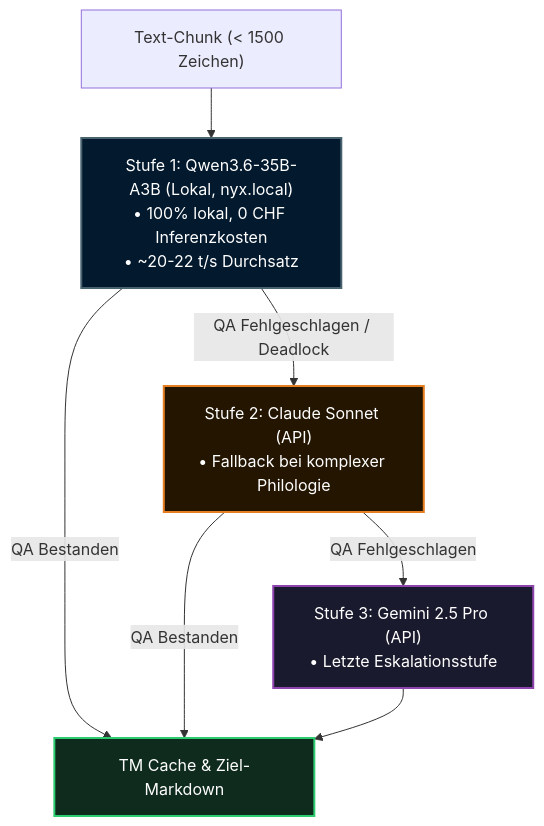
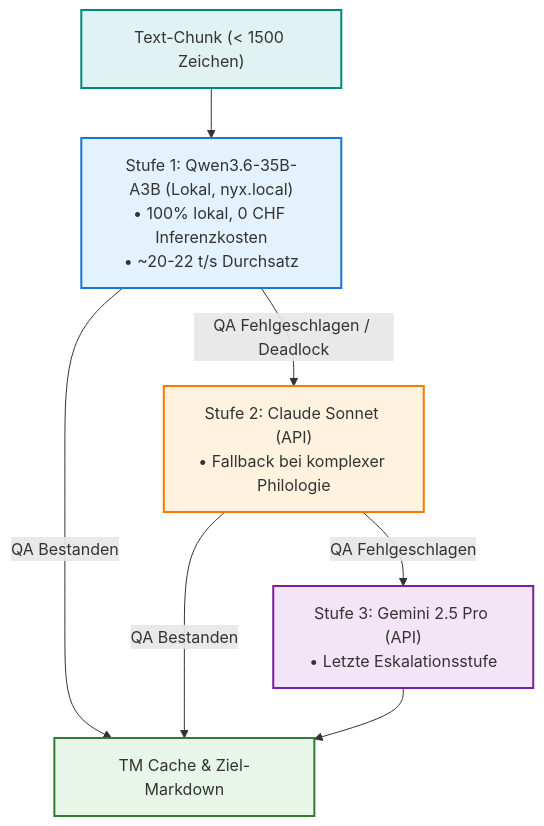
Before and after one commit to birchville-org/sanskritkurs-payer: the diagram in site_docs/de/ai-translation.md, drawn with Mermaid. The commit also changed 7 other files, not shown here.

Commit message:
docs: improve Mermaid diagram contrast & readability across light and dark themes

````diff
--- a/site_docs/de/ai-translation.md
+++ b/site_docs/de/ai-translation.md
@@ -18,15 +18,16 @@
 ```mermaid
 flowchart TD
     CHUNK["Text-Chunk (< 1500 Zeichen)"] --> STAGE1
     STAGE1["Stufe 1: Qwen3.6-35B-A3B (Lokal, nyx.local)\n• 100% lokal, 0 CHF Inferenzkosten\n• ~20-22 t/s Durchsatz"]
     STAGE1 -->|QA Bestanden| TM["TM Cache & Ziel-Markdown"]
     STAGE1 -->|QA Fehlgeschlagen / Deadlock| STAGE2["Stufe 2: Claude Sonnet (API)\n• Fallback bei komplexer Philologie"]
     STAGE2 -->|QA Bestanden| TM
     STAGE2 -->|QA Fehlgeschlagen| STAGE3["Stufe 3: Gemini 2.5 Pro (API)\n• Letzte Eskalationsstufe"]
     STAGE3 --> TM
 
-    style STAGE1 fill:#03192e,color:#fff,stroke:#48626e,stroke-width:2px
-    style STAGE2 fill:#241500,color:#fff,stroke:#e67e22,stroke-width:2px
-    style STAGE3 fill:#1a1a2e,color:#fff,stroke:#8e44ad,stroke-width:2px
-    style TM fill:#0f2b1d,color:#fff,stroke:#2ecc71,stroke-width:2px
+    style CHUNK fill:#e0f2f1,stroke:#00897b,stroke-width:2px
+    style STAGE1 fill:#e3f2fd,stroke:#1976d2,stroke-width:2px
+    style STAGE2 fill:#fff3e0,stroke:#f57c00,stroke-width:2px
+    style STAGE3 fill:#f3e5f5,stroke:#7b1fa2,stroke-width:2px
+    style TM fill:#e8f5e9,stroke:#2e7d32,stroke-width:2px
 ```
````
